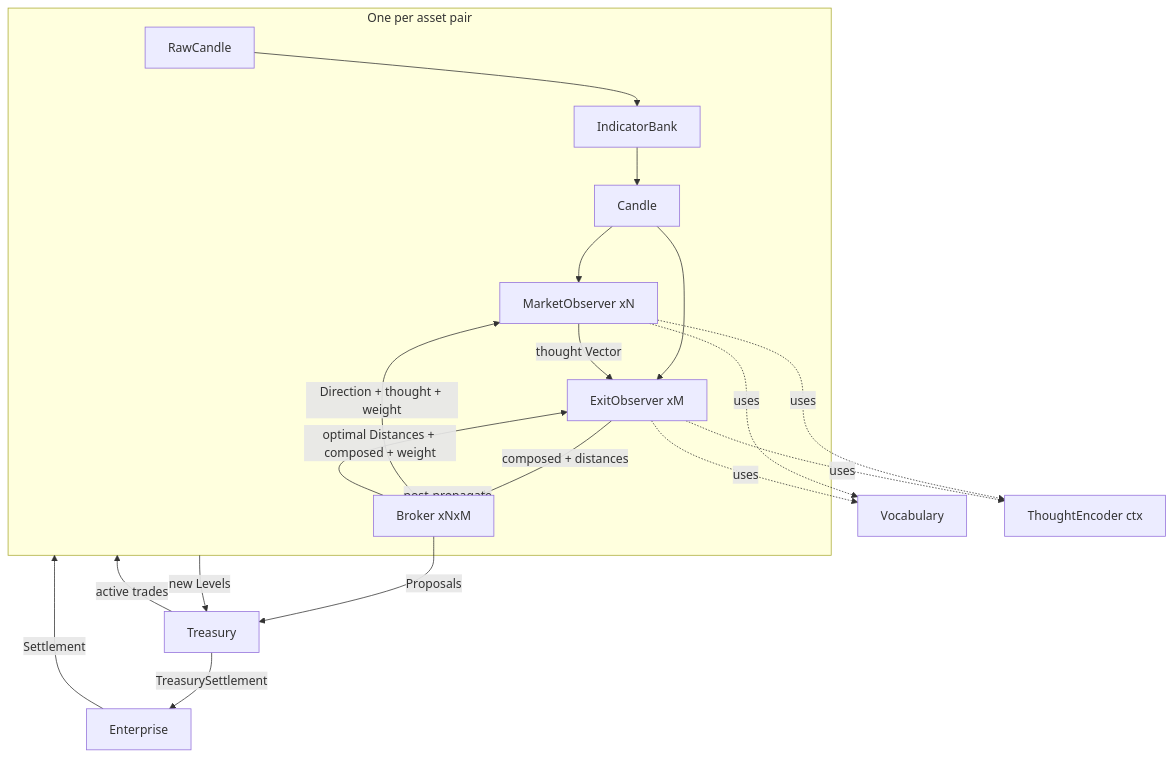
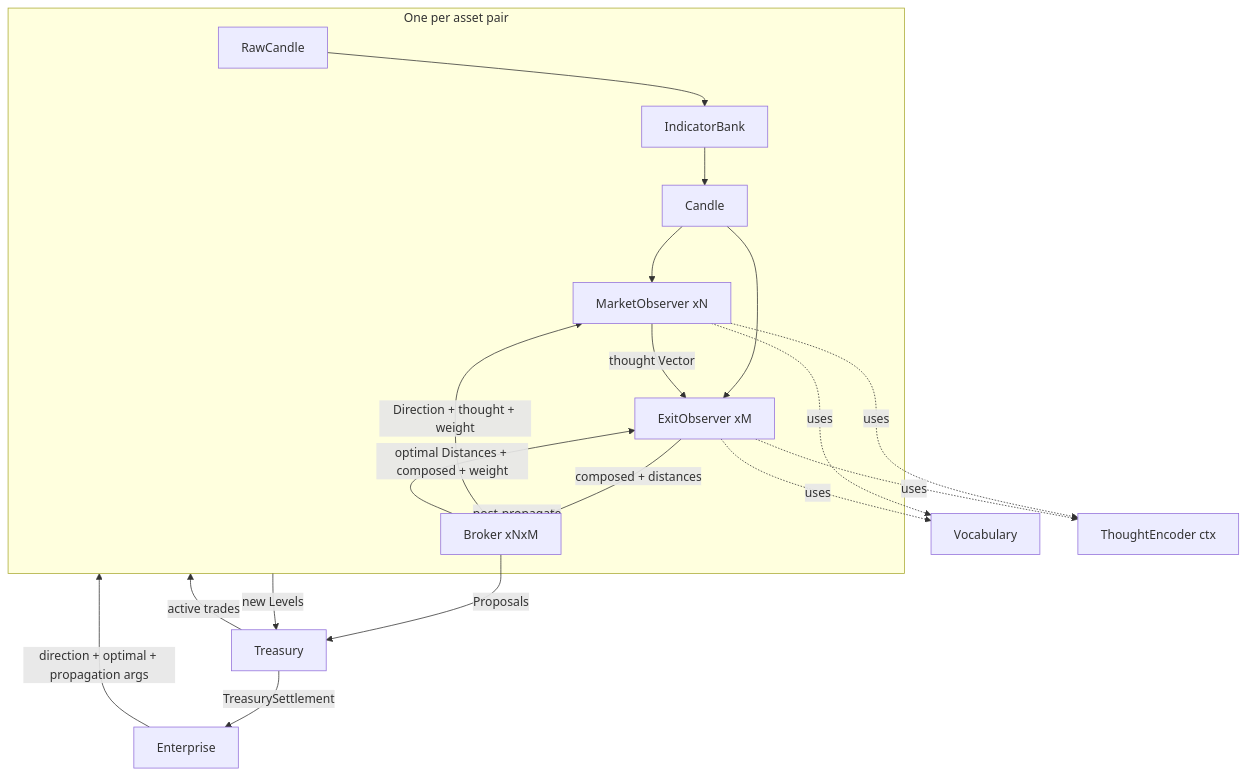
One commit to watmin/holon-lab-trading changed the first of 8 diagrams in wat/CIRCUIT.md. Above: the diagram before and after it, drawn with Mermaid. The commit also changed other lines of this file, not shown here.

First line of the commit message:
wat: CIRCUIT — Settlement struct dissolved from diagrams

````diff
--- a/wat/CIRCUIT.md
+++ b/wat/CIRCUIT.md
@@ -15,23 +15,23 @@
 ```mermaid
 graph TD
     subgraph Post [One per asset pair]
         RC[RawCandle] --> IB[IndicatorBank]
         IB --> CD[Candle]
         CD --> MO[MarketObserver xN]
         CD --> EO[ExitObserver xM]
         MO -->|thought Vector| EO
         EO -->|composed + distances| BR[Broker xNxM]
     end
     MO -.->|uses| VO[Vocabulary]
     MO -.->|uses| TE[ThoughtEncoder ctx]
     EO -.->|uses| VO
     EO -.->|uses| TE
     BR -->|Proposals| TR[Treasury]
     TR -->|TreasurySettlement| EN[Enterprise]
-    EN -->|Settlement| Post
+    EN -->|direction + optimal + propagation args| Post
     Post -->|post-propagate| BR
     BR -->|Direction + thought + weight| MO
     BR -->|optimal Distances + composed + weight| EO
     TR -->|active trades| Post
     Post -->|new Levels| TR
 ```
````
